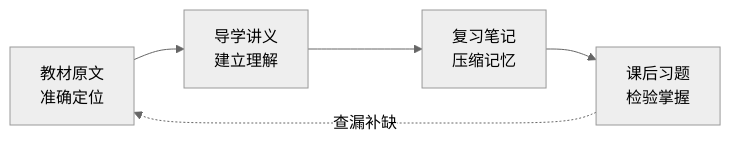
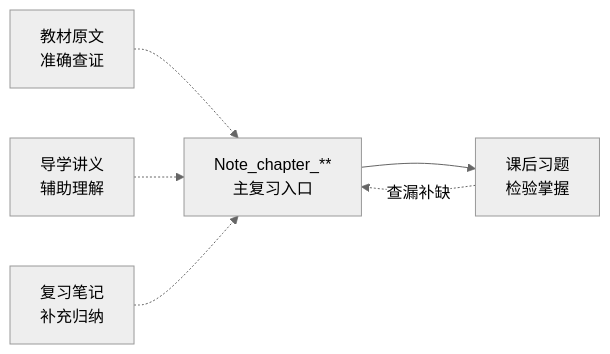
Before and after one commit to TiiJeiJ8/Cryptography-and-Network-Security-Principle-and-Practice-Eight-Edition-0857: the diagram in README.md, drawn with Mermaid (neutral theme). The commit also changed other lines of this file, not shown here.

````diff
--- a/README.md
+++ b/README.md
@@ -40,7 +42,8 @@
 ```mermaid
 flowchart LR
-    A["教材原文<br/>准确定位"] --> B["导学讲义<br/>建立理解"]
-    B --> C["复习笔记<br/>压缩记忆"]
-    C --> D["课后习题<br/>检验掌握"]
-    D -. 查漏补缺 .-> A
+    A["Note_chapter_**<br/>主复习入口"] --> B["课后习题<br/>检验掌握"]
+    B -. 查漏补缺 .-> A
+    C["教材原文<br/>准确查证"] -.-> A
+    D["导学讲义<br/>辅助理解"] -.-> A
+    E["复习笔记<br/>补充归纳"] -.-> A
 ```
````
